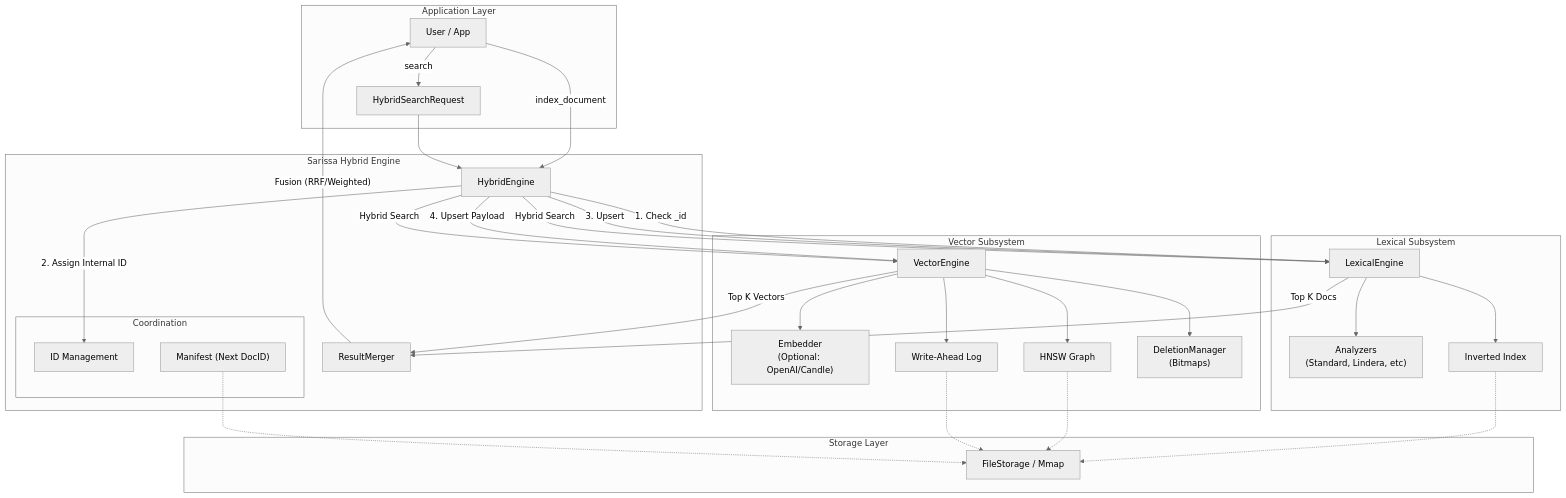
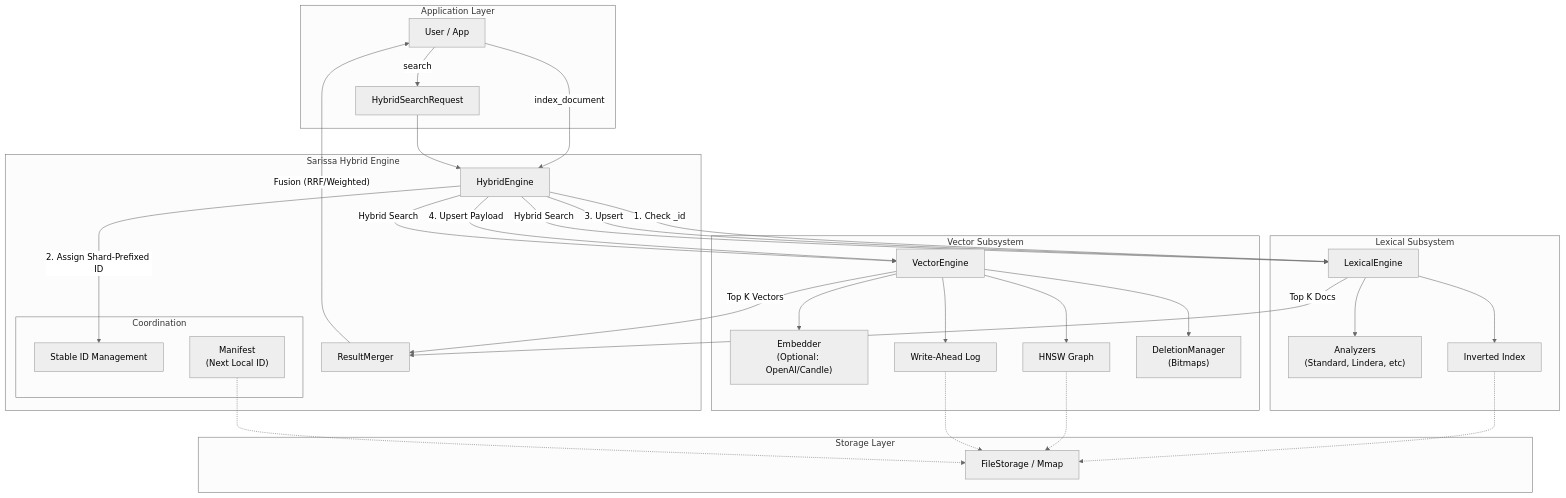
The diagram in docs/src/concepts/architecture.md (mosuka/iris), drawn with Mermaid (neutral theme) before and after one commit. The commit also changed other lines of this file and 30 other files, not shown here.

````diff
--- a/docs/src/concepts/architecture.md
+++ b/docs/src/concepts/architecture.md
@@ -22,67 +22,67 @@
 ```mermaid
 graph TD
     subgraph "Application Layer"
         User[User / App]
         Req[HybridSearchRequest]
     end
 
     subgraph "Sarissa Hybrid Engine"
         HE[HybridEngine]
         RM[ResultMerger]
         
         subgraph "Coordination"
-            ID[ID Management]
-            Manifest["Manifest (Next DocID)"]
+            ID[Stable ID Management]
+            Manifest["Manifest<br>(Next Local ID)"]
         end
     end
 
     subgraph "Lexical Subsystem"
         LE[LexicalEngine]
         Analyzer["Analyzers<br>(Standard, Lindera, etc)"]
         InvIdx[Inverted Index]
         
         LE --> Analyzer
         LE --> InvIdx
     end
 
     subgraph "Vector Subsystem"
         VE[VectorEngine]
         Embedder["Embedder<br>(Optional: OpenAI/Candle)"]
         HNSW[HNSW Graph]
         WAL[Write-Ahead Log]
         DelMgr["DeletionManager<br>(Bitmaps)"]
 
         VE --> Embedder
         VE --> HNSW
         VE --> WAL
         VE --> DelMgr
     end
 
     subgraph "Storage Layer"
         FS[FileStorage / Mmap]
     end
 
     %% Flows
     User -->|index_document| HE
     User -->|search| Req
     Req --> HE
 
     %% Indexing Flow
     HE -->|1. Check _id| LE
-    HE -->|2. Assign Internal ID| ID
+    HE -->|2. Assign Shard-Prefixed ID| ID
     HE -->|3. Upsert| LE
     HE -->|4. Upsert Payload| VE
 
     %% Search Flow
     HE -->|Hybrid Search| LE
     HE -->|Hybrid Search| VE
     LE -->|Top K Docs| RM
     VE -->|Top K Vectors| RM
     RM -->|"Fusion (RRF/Weighted)"| User
 
     %% Storage connections
     InvIdx -.-> FS
     HNSW -.-> FS
     WAL -.-> FS
     Manifest -.-> FS
 ```
````
